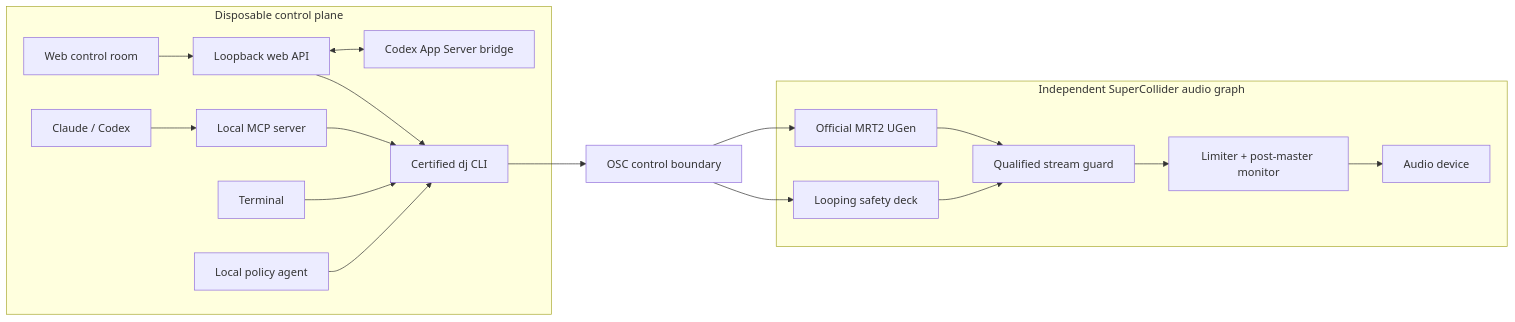
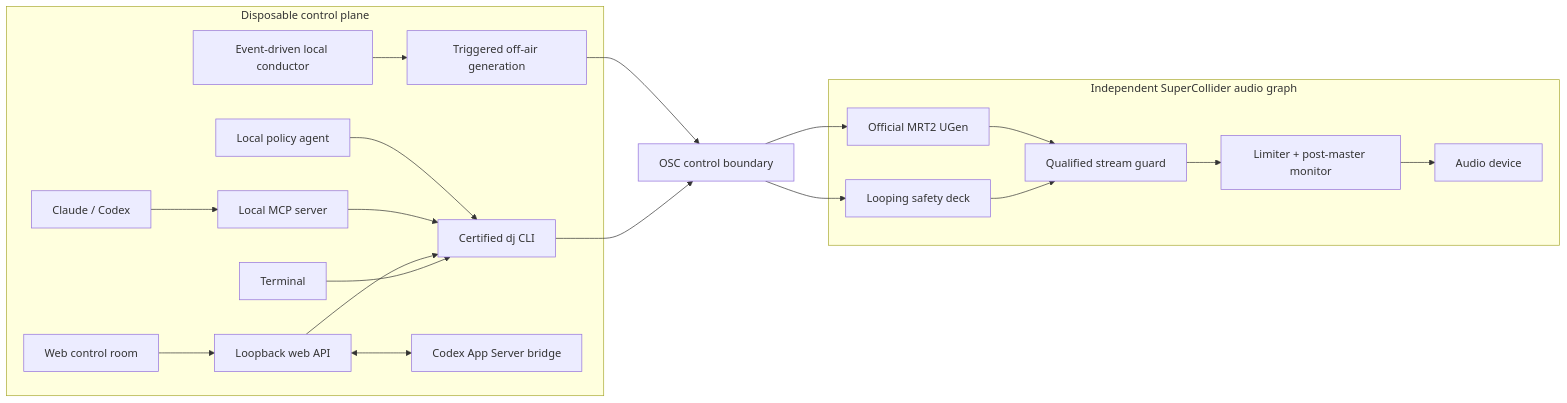
The diagram in README.md (prassanna-ravishankar/agent-dj), drawn with Mermaid before and after one commit. The commit also changed other lines of this file and 21 other files, not shown here.

````diff
--- a/README.md
+++ b/README.md
@@ -29,32 +38,36 @@
 ```mermaid
 flowchart LR
     web[Web control room] --> api[Loopback web API]
     hosts[Claude / Codex] --> mcp[Local MCP server]
     terminal[Terminal] --> cli[Certified dj CLI]
+    conductor[Event-driven local conductor] --> keeper[Triggered off-air generation]
     api --> cli
     mcp --> cli
     api <--> bridge[Codex App Server bridge]
     policy[Local policy agent] --> cli
     cli --> osc[OSC control boundary]
 
     subgraph control[Disposable control plane]
       web
       hosts
       terminal
       api
       mcp
       bridge
       policy
+      conductor
+      keeper
       cli
     end
 
     subgraph audio[Independent SuperCollider audio graph]
       safe[Looping safety deck] --> guard[Qualified stream guard]
       mrt2[Official MRT2 UGen] --> guard
       guard --> master[Limiter + post-master monitor]
       master --> speakers[Audio device]
     end
 
     osc --> safe
     osc --> mrt2
+    keeper --> osc
 ```
````
